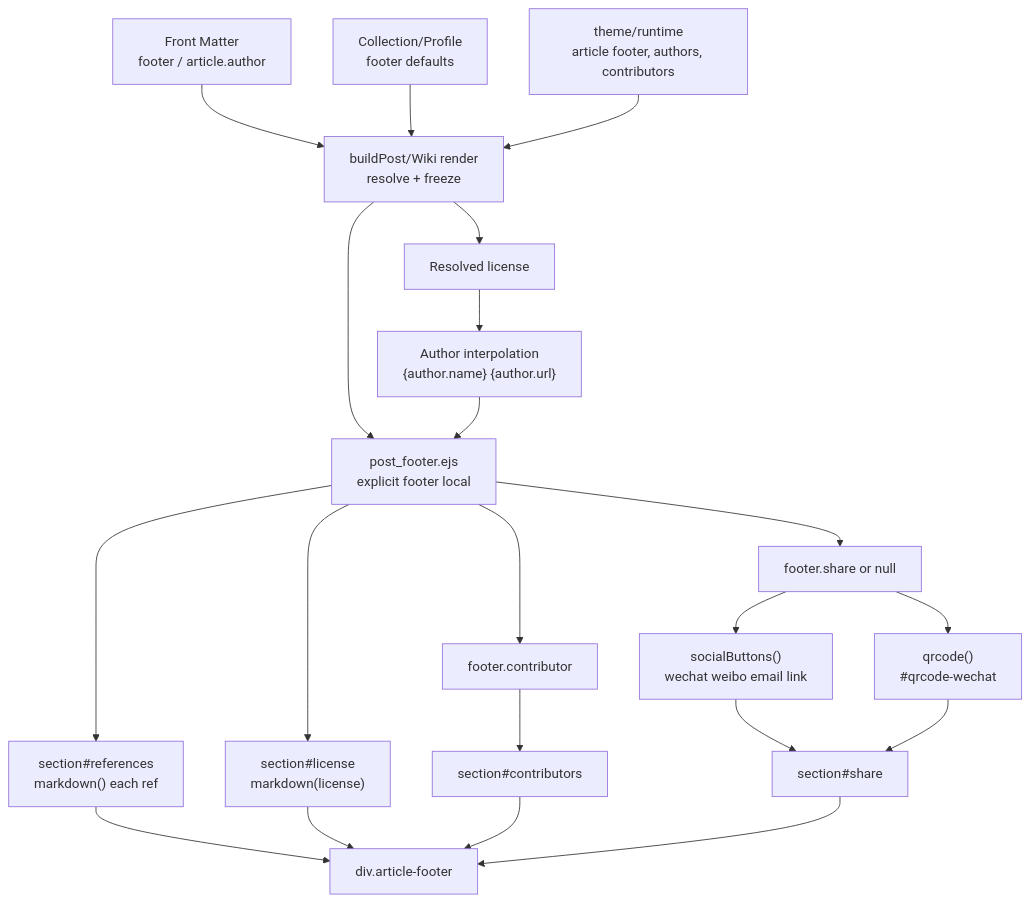
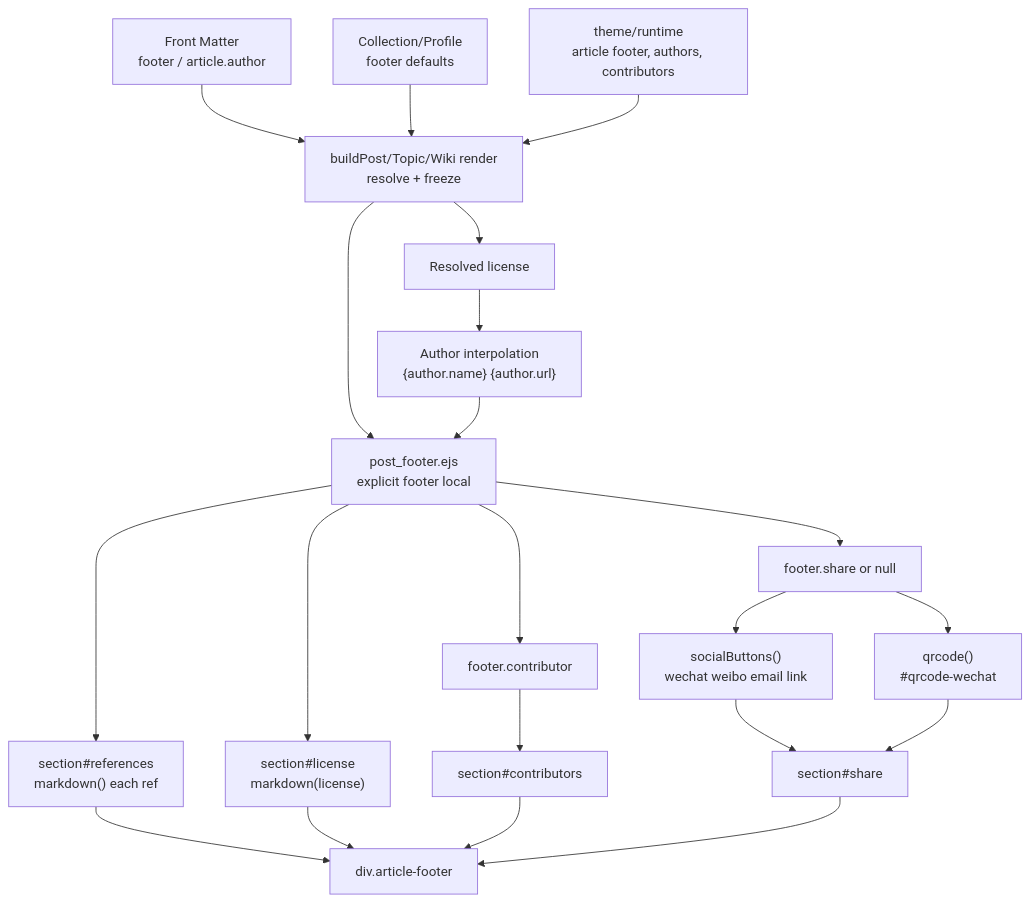
Before and after one commit to xaoxuu/hexo-theme-stellar: the fourth of 4 diagrams in docs/knowledge/03-内容系统/article-footer-metadata.md, drawn with Mermaid. The commit also changed other lines of this file and 40 other files, not shown here.

````diff
--- a/docs/knowledge/03-内容系统/article-footer-metadata.md
+++ b/docs/knowledge/03-内容系统/article-footer-metadata.md
@@ -272,33 +272,33 @@
 ```mermaid
 flowchart TD
   pageData["Front Matter\nfooter / article.author"]
   collection["Collection/Profile\nfooter defaults"]
   themeConfig["theme/runtime\narticle footer, authors, contributors"]
-  model["buildPost/Wiki render\nresolve + freeze"]
+  model["buildPost/Topic/Wiki render\nresolve + freeze"]
   ejs["post_footer.ejs\nexplicit footer local"]
 
   secRef["section#references\nmarkdown() each ref"]
   licResolve["Resolved license"]
   authorInterp["Author interpolation\n{author.name} {author.url}"]
   secLic["section#license\nmarkdown(license)"]
   contribPartial["footer.contributor"]
   secCon["section#contributors"]
   shareVis["footer.share or null"]
   socialBtns["socialButtons()\nwechat weibo email link"]
   qrcode["qrcode()\n#qrcode-wechat"]
   secShr["section#share"]
   output["div.article-footer"]
 
   pageData --> model
   collection --> model
   themeConfig --> model
   model --> ejs
   ejs --> secRef
   model --> licResolve --> authorInterp
   authorInterp --> ejs
   ejs --> secLic
   ejs --> contribPartial --> secCon
   ejs --> shareVis --> socialBtns --> secShr
   shareVis --> qrcode --> secShr
   secRef & secLic & secCon & secShr --> output
 ```
````
